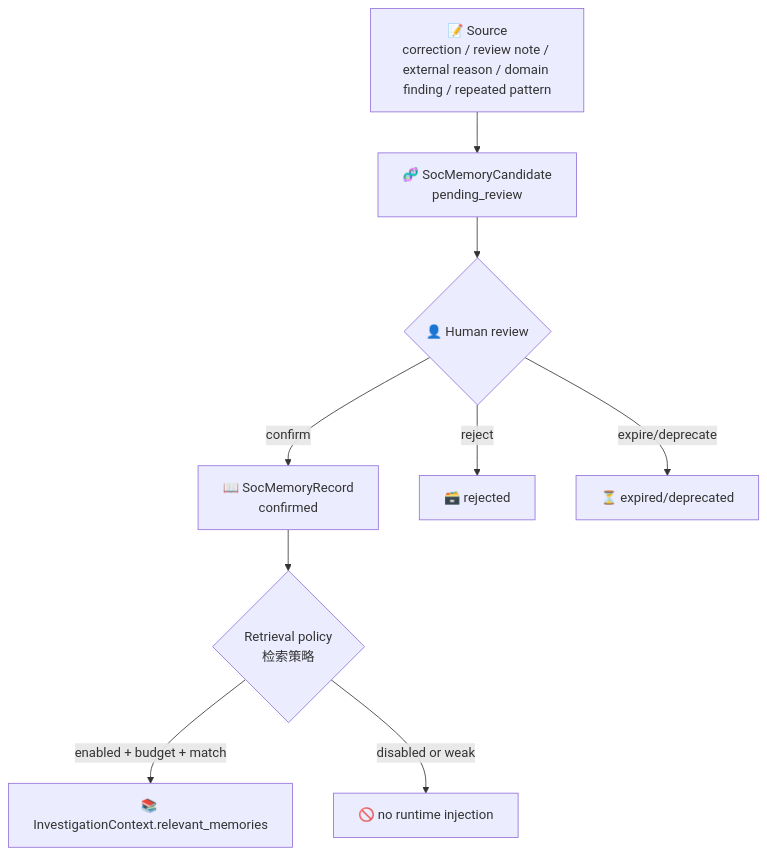
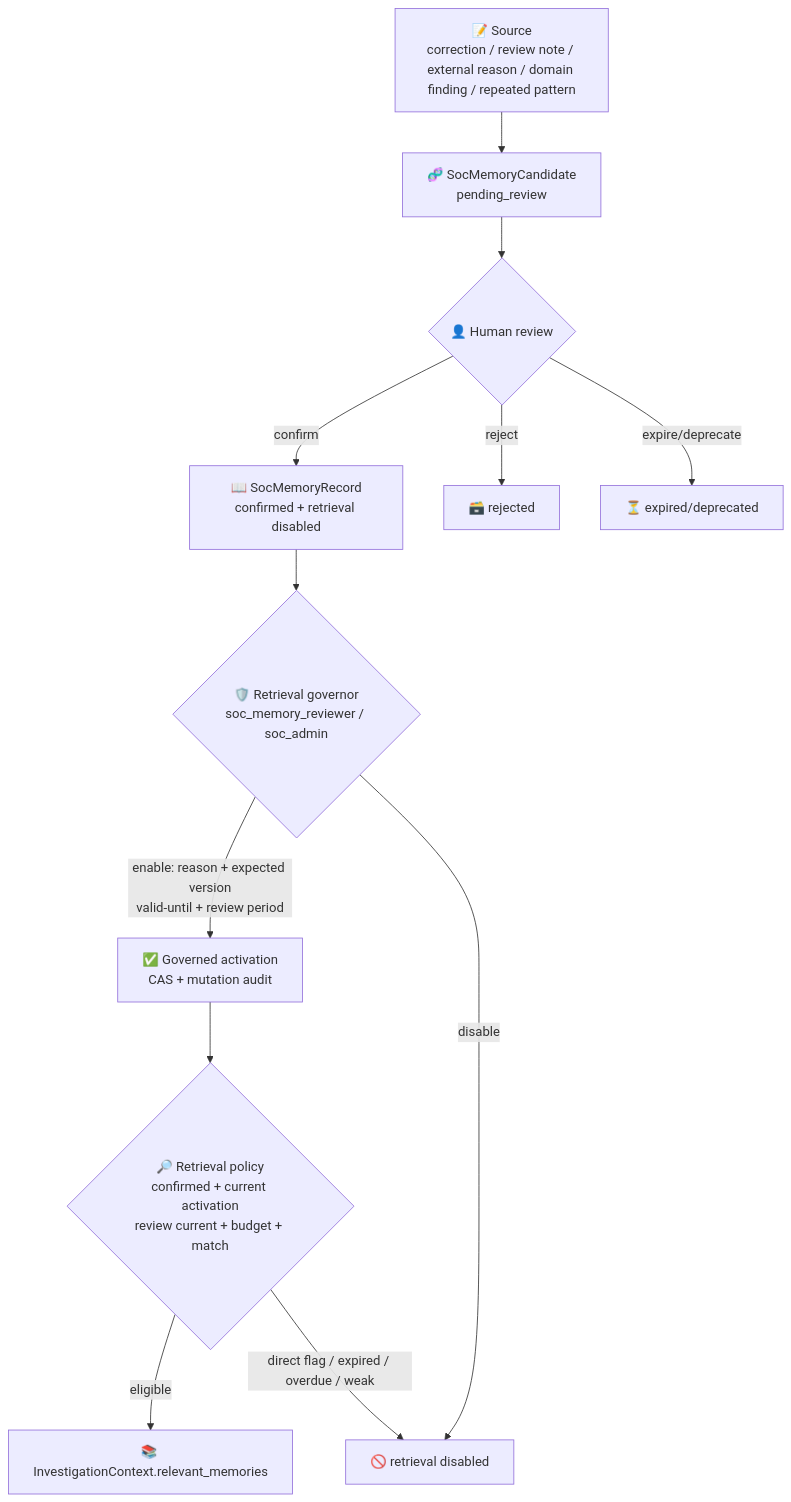
Diagram 13 of 14 in .notes/ai_soc/soc-agent-solution.md (yydspanda/deer-flow), drawn with Mermaid before and after one commit. The commit also changed other lines of this file and 34 other files, not shown here.

Commit message:
feat(soc): govern memory retrieval activation

````diff
--- a/.notes/ai_soc/soc-agent-solution.md
+++ b/.notes/ai_soc/soc-agent-solution.md
@@ -1082,11 +1084,14 @@
 ```mermaid
 flowchart TD
     S1["📝 Source<br/>correction / review note / external reason / domain finding / repeated pattern"] --> C["🧬 SocMemoryCandidate<br/>pending_review"]
     C --> R{"👤 Human review"}
-    R -->|"confirm"| M["📖 SocMemoryRecord<br/>confirmed"]
+    R -->|"confirm"| M["📖 SocMemoryRecord<br/>confirmed + retrieval disabled"]
     R -->|"reject"| X["🗃️ rejected"]
     R -->|"expire/deprecate"| E["⏳ expired/deprecated"]
-    M --> P{"Retrieval policy<br/>检索策略"}
-    P -->|"enabled + budget + match"| CTX["📚 InvestigationContext.relevant_memories"]
-    P -->|"disabled or weak"| NO["🚫 no runtime injection"]
+    M --> G{"🛡️ Retrieval governor<br/>soc_memory_reviewer / soc_admin"}
+    G -->|"enable: reason + expected version<br/>valid-until + review period"| P["✅ Governed activation<br/>CAS + mutation audit"]
+    G -->|"disable"| NO["🚫 retrieval disabled"]
+    P --> RP{"🔎 Retrieval policy<br/>confirmed + current activation<br/>review current + budget + match"}
+    RP -->|"eligible"| CTX["📚 InvestigationContext.relevant_memories"]
+    RP -->|"direct flag / expired / overdue / weak"| NO
 ```
````
